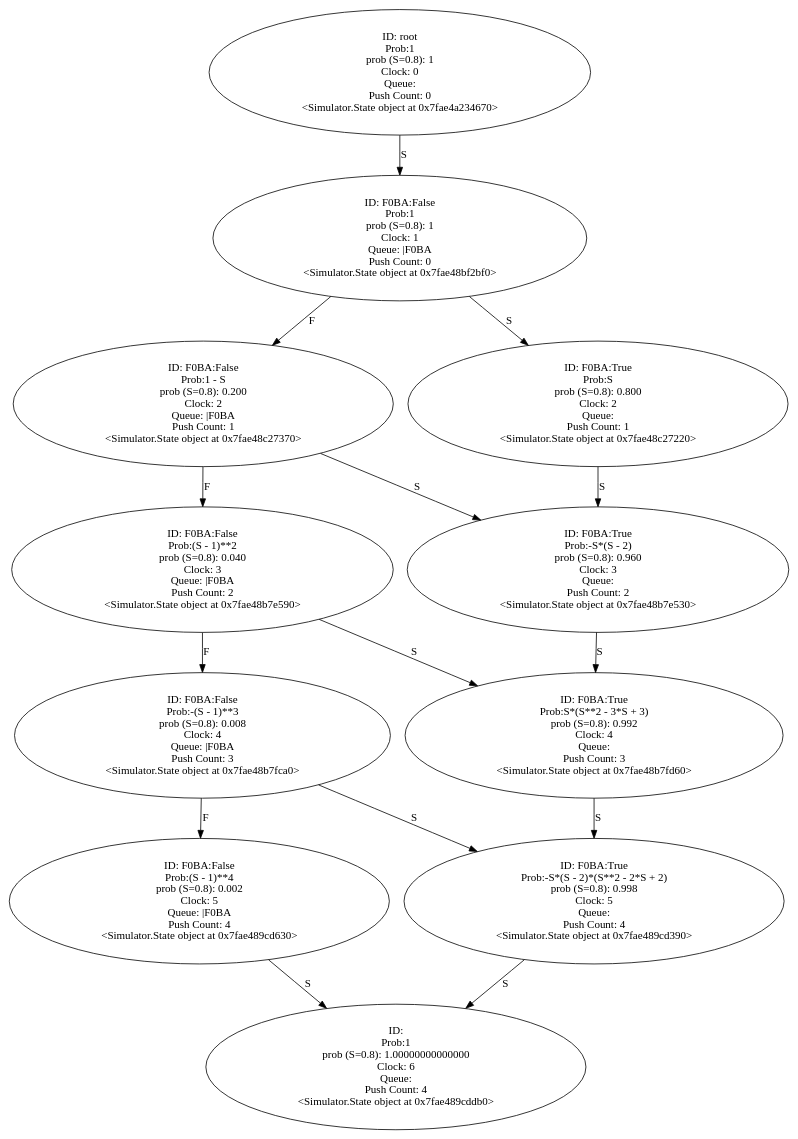
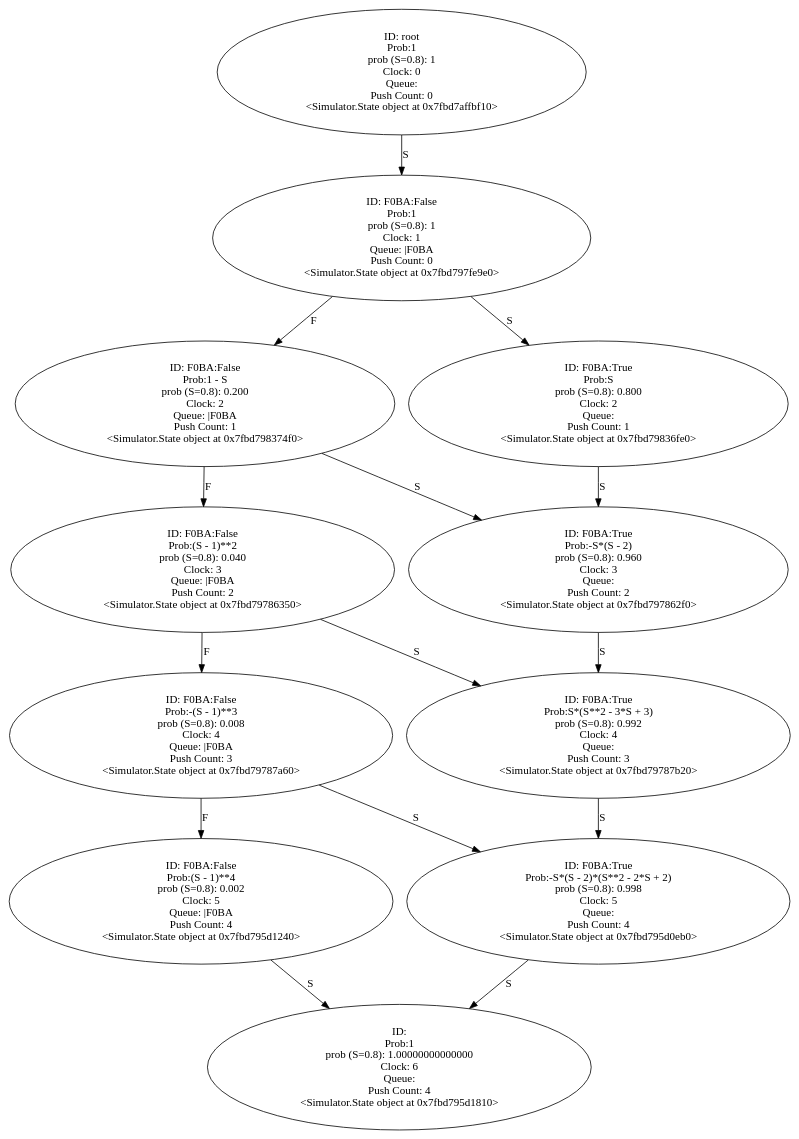
Before and after one commit to YasinBoloorchi/WARP-Simulator: the diagram in Output/pulls.wrp.gv, drawn with Graphviz. The commit also changed 26 other files, not shown here.

```diff
--- a/Output/pulls.wrp.gv
+++ b/Output/pulls.wrp.gv
@@ -1,93 +1,93 @@
 digraph "./Output/pulls.wrp" {
-	<Simulator.State object at 0x7fae4a234670> [label="ID: root
+	<Simulator.State object at 0x7fbd7affbf10> [label="ID: root
 Prob:1
 prob (S=0.8): 1
 Clock: 0
 Queue: 
 Push Count: 0
-<Simulator.State object at 0x7fae4a234670>"]
-	<Simulator.State object at 0x7fae4a234670> -> <Simulator.State object at 0x7fae48bf2bf0> [label=S]
-	<Simulator.State object at 0x7fae48bf2bf0> [label="ID: F0BA:False
+<Simulator.State object at 0x7fbd7affbf10>"]
+	<Simulator.State object at 0x7fbd7affbf10> -> <Simulator.State object at 0x7fbd797fe9e0> [label=S]
+	<Simulator.State object at 0x7fbd797fe9e0> [label="ID: F0BA:False
 Prob:1
 prob (S=0.8): 1
 Clock: 1
 Queue: |F0BA
 Push Count: 0
-<Simulator.State object at 0x7fae48bf2bf0>"]
-	<Simulator.State object at 0x7fae48bf2bf0> -> <Simulator.State object at 0x7fae48c27370> [label=F]
-	<Simulator.State object at 0x7fae48bf2bf0> -> <Simulator.State object at 0x7fae48c27220> [label=S]
-	<Simulator.State object at 0x7fae48c27370> [label="ID: F0BA:False
+<Simulator.State object at 0x7fbd797fe9e0>"]
+	<Simulator.State object at 0x7fbd797fe9e0> -> <Simulator.State object at 0x7fbd798374f0> [label=F]
+	<Simulator.State object at 0x7fbd797fe9e0> -> <Simulator.State object at 0x7fbd79836fe0> [label=S]
+	<Simulator.State object at 0x7fbd798374f0> [label="ID: F0BA:False
 Prob:1 - S
 prob (S=0.8): 0.200
 Clock: 2
 Queue: |F0BA
 Push Count: 1
-<Simulator.State object at 0x7fae48c27370>"]
-	<Simulator.State object at 0x7fae48c27370> -> <Simulator.State object at 0x7fae48b7e590> [label=F]
-	<Simulator.State object at 0x7fae48c27370> -> <Simulator.State object at 0x7fae48b7e530> [label=S]
-	<Simulator.State object at 0x7fae48c27220> [label="ID: F0BA:True
+<Simulator.State object at 0x7fbd798374f0>"]
+	<Simulator.State object at 0x7fbd798374f0> -> <Simulator.State object at 0x7fbd79786350> [label=F]
+	<Simulator.State object at 0x7fbd798374f0> -> <Simulator.State object at 0x7fbd797862f0> [label=S]
+	<Simulator.State object at 0x7fbd79836fe0> [label="ID: F0BA:True
 Prob:S
 prob (S=0.8): 0.800
 Clock: 2
 Queue: 
 Push Count: 1
-<Simulator.State object at 0x7fae48c27220>"]
-	<Simulator.State object at 0x7fae48c27220> -> <Simulator.State object at 0x7fae48b7e530> [label=S]
-	<Simulator.State object at 0x7fae48b7e590> [label="ID: F0BA:False
+<Simulator.State object at 0x7fbd79836fe0>"]
+	<Simulator.State object at 0x7fbd79836fe0> -> <Simulator.State object at 0x7fbd797862f0> [label=S]
+	<Simulator.State object at 0x7fbd79786350> [label="ID: F0BA:False
 Prob:(S - 1)**2
 prob (S=0.8): 0.040
 Clock: 3
 Queue: |F0BA
 Push Count: 2
-<Simulator.State object at 0x7fae48b7e590>"]
-	<Simulator.State object at 0x7fae48b7e590> -> <Simulator.State object at 0x7fae48b7fca0> [label=F]
-	<Simulator.State object at 0x7fae48b7e590> -> <Simulator.State object at 0x7fae48b7fd60> [label=S]
-	<Simulator.State object at 0x7fae48b7e530> [label="ID: F0BA:True
+<Simulator.State object at 0x7fbd79786350>"]
+	<Simulator.State object at 0x7fbd79786350> -> <Simulator.State object at 0x7fbd79787a60> [label=F]
+	<Simulator.State object at 0x7fbd79786350> -> <Simulator.State object at 0x7fbd79787b20> [label=S]
+	<Simulator.State object at 0x7fbd797862f0> [label="ID: F0BA:True
 Prob:-S*(S - 2)
 prob (S=0.8): 0.960
 Clock: 3
 Queue: 
 Push Count: 2
-<Simulator.State object at 0x7fae48b7e530>"]
-	<Simulator.State object at 0x7fae48b7e530> -> <Simulator.State object at 0x7fae48b7fd60> [label=S]
-	<Simulator.State object at 0x7fae48b7fca0> [label="ID: F0BA:False
+<Simulator.State object at 0x7fbd797862f0>"]
+	<Simulator.State object at 0x7fbd797862f0> -> <Simulator.State object at 0x7fbd79787b20> [label=S]
+	<Simulator.State object at 0x7fbd79787a60> [label="ID: F0BA:False
 Prob:-(S - 1)**3
 prob (S=0.8): 0.008
 Clock: 4
 Queue: |F0BA
 Push Count: 3
-<Simulator.State object at 0x7fae48b7fca0>"]
-	<Simulator.State object at 0x7fae48b7fca0> -> <Simulator.State object at 0x7fae489cd630> [label=F]
-	<Simulator.State object at 0x7fae48b7fca0> -> <Simulator.State object at 0x7fae489cd390> [label=S]
-	<Simulator.State object at 0x7fae48b7fd60> [label="ID: F0BA:True
+<Simulator.State object at 0x7fbd79787a60>"]
+	<Simulator.State object at 0x7fbd79787a60> -> <Simulator.State object at 0x7fbd795d1240> [label=F]
+	<Simulator.State object at 0x7fbd79787a60> -> <Simulator.State object at 0x7fbd795d0eb0> [label=S]
+	<Simulator.State object at 0x7fbd79787b20> [label="ID: F0BA:True
 Prob:S*(S**2 - 3*S + 3)
 prob (S=0.8): 0.992
 Clock: 4
 Queue: 
 Push Count: 3
-<Simulator.State object at 0x7fae48b7fd60>"]
-	<Simulator.State object at 0x7fae48b7fd60> -> <Simulator.State object at 0x7fae489cd390> [label=S]
-	<Simulator.State object at 0x7fae489cd630> [label="ID: F0BA:False
+<Simulator.State object at 0x7fbd79787b20>"]
+	<Simulator.State object at 0x7fbd79787b20> -> <Simulator.State object at 0x7fbd795d0eb0> [label=S]
+	<Simulator.State object at 0x7fbd795d1240> [label="ID: F0BA:False
 Prob:(S - 1)**4
 prob (S=0.8): 0.002
 Clock: 5
 Queue: |F0BA
 Push Count: 4
-<Simulator.State object at 0x7fae489cd630>"]
-	<Simulator.State object at 0x7fae489cd630> -> <Simulator.State object at 0x7fae489cddb0> [label=S]
-	<Simulator.State object at 0x7fae489cd390> [label="ID: F0BA:True
+<Simulator.State object at 0x7fbd795d1240>"]
+	<Simulator.State object at 0x7fbd795d1240> -> <Simulator.State object at 0x7fbd795d1810> [label=S]
+	<Simulator.State object at 0x7fbd795d0eb0> [label="ID: F0BA:True
 Prob:-S*(S - 2)*(S**2 - 2*S + 2)
 prob (S=0.8): 0.998
 Clock: 5
 Queue: 
 Push Count: 4
-<Simulator.State object at 0x7fae489cd390>"]
-	<Simulator.State object at 0x7fae489cd390> -> <Simulator.State object at 0x7fae489cddb0> [label=S]
-	<Simulator.State object at 0x7fae489cddb0> [label="ID: 
+<Simulator.State object at 0x7fbd795d0eb0>"]
+	<Simulator.State object at 0x7fbd795d0eb0> -> <Simulator.State object at 0x7fbd795d1810> [label=S]
+	<Simulator.State object at 0x7fbd795d1810> [label="ID: 
 Prob:1
 prob (S=0.8): 1.00000000000000
 Clock: 6
 Queue: 
 Push Count: 4
-<Simulator.State object at 0x7fae489cddb0>"]
+<Simulator.State object at 0x7fbd795d1810>"]
 }
```
